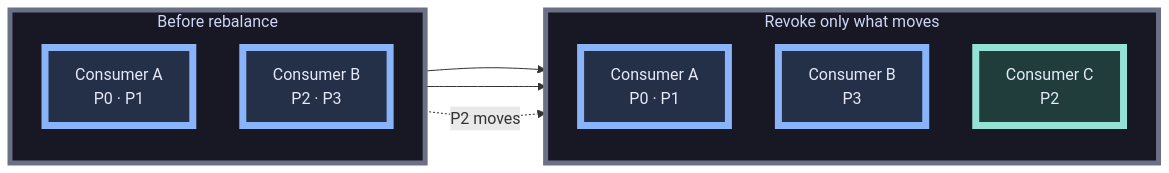
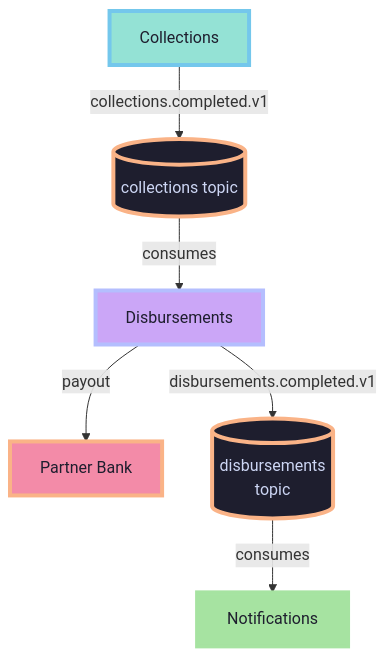
Before and after one commit to hmajid2301/blog: the ninth of 40 diagrams in content/slides/go-labs-eda-go-kafka/slides.md, drawn with Mermaid. The commit also changed other lines of this file and 10 other files, not shown here.

````diff
--- a/content/slides/go-labs-eda-go-kafka/slides.md
+++ b/content/slides/go-labs-eda-go-kafka/slides.md
@@ -494,28 +399,20 @@
 ```mermaid
-flowchart LR
-    subgraph before["Before rebalance"]
-        direction TB
-        A["Consumer A<br/>P0 · P1"]
-        B["Consumer B<br/>P2 · P3"]
-    end
+flowchart TD
+    E["Collections"] publish@-->|"collections.completed.v1"| T[("collections topic")]
+    T consume@-->|"consumes"| C2["Disbursements"]
+    C2 bankCall@-->|"payout"| BANK["Partner Bank"]
+    C2 publishPayout@-->|"disbursements.completed.v1"| D[("disbursements<br/>topic")]
+    D notify@-->|"consumes"| N["Notifications"]
 
-    subgraph after["Revoke only what moves"]
-        direction TB
-        A2["Consumer A<br/>P0 · P1"]
-        B2["Consumer B<br/>P3"]
-        C["Consumer C<br/>P2"]
-    end
+    classDef topic fill:#1e1e2e,stroke:#fab387,stroke-width:4px,color:#cdd6f4;
+    classDef collections fill:#94e2d5,stroke:#74c7ec,stroke-width:4px,color:#1e1e2e;
+    classDef disbursements fill:#cba6f7,stroke:#b4befe,stroke-width:4px,color:#1e1e2e;
+    classDef bank fill:#f38ba8,stroke:#fab387,stroke-width:4px,color:#1e1e2e;
+    classDef notifications fill:#a6e3a1,stroke:#a6e3a1,stroke-width:4px,color:#1e1e2e;
 
-    A --> A2
-    B --> B2
-    B -. "P2 moves" .-> C
-
-    classDef consumer fill:#243047,stroke:#89b4fa,stroke-width:7px,color:#e6e9f7;
-    classDef moved fill:#3a2d22,stroke:#fab387,stroke-width:7px,color:#e6e9f7;
-    classDef newc fill:#213d3b,stroke:#94e2d5,stroke-width:7px,color:#e6e9f7;
-    classDef group fill:#181825,stroke:#6c7086,stroke-width:5px,color:#cdd6f4;
-
-    class A,A2,B,B2 consumer;
-    class C newc;
-    class before,after group;
+    class T,D topic;
+    class E collections;
+    class C2 disbursements;
+    class BANK bank;
+    class N notifications;
 ```
````
